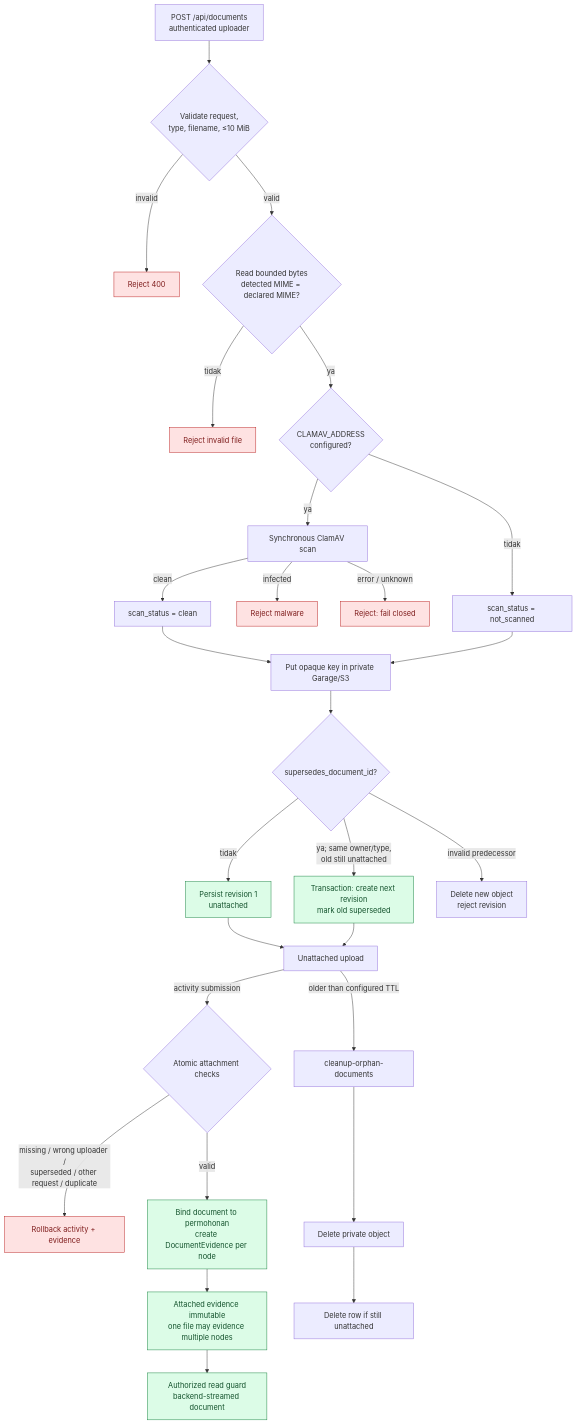
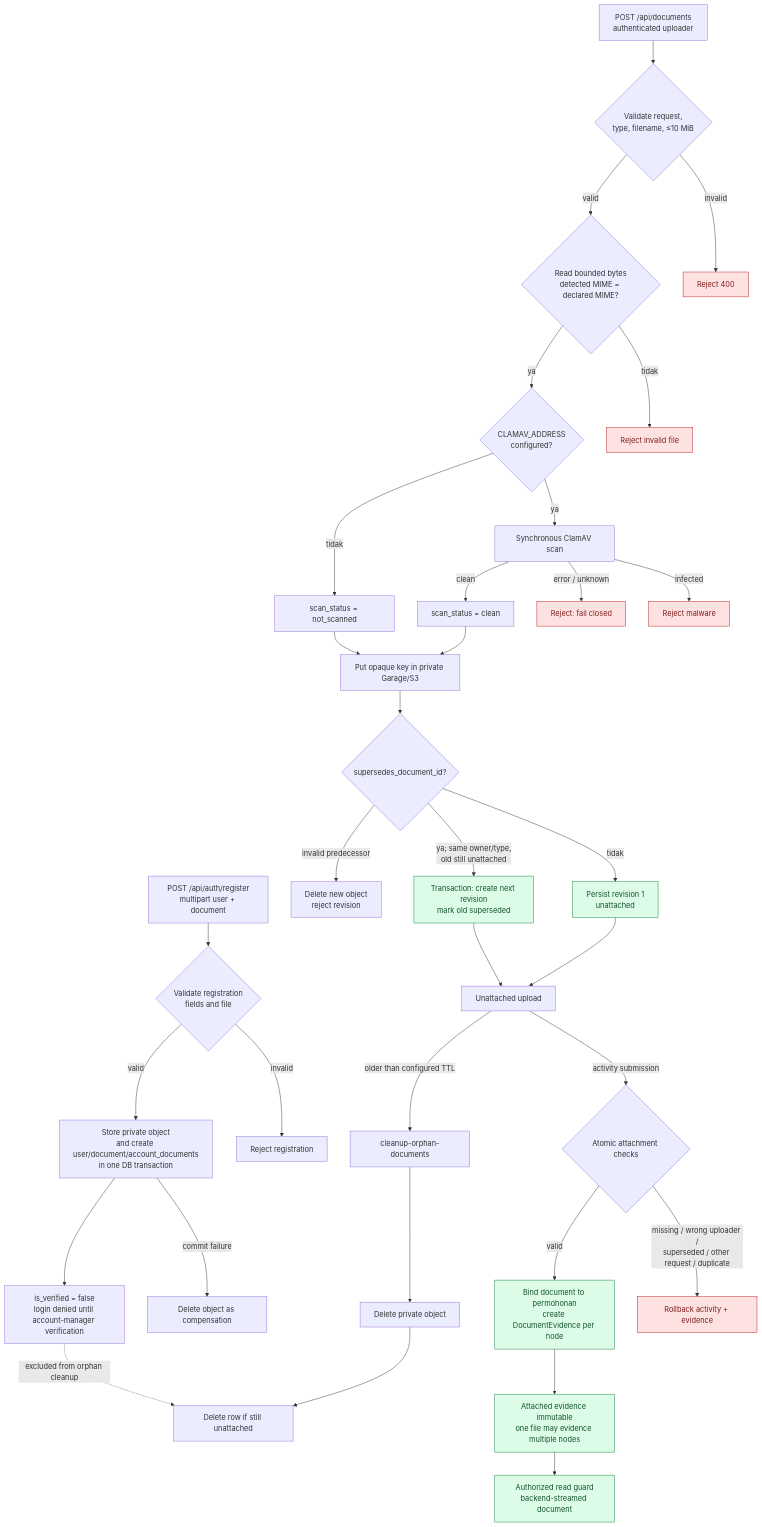
The diagram in docs/architecture/diagrams/09-evidence-lifecycle.md (pln-colabora/colabora-be), drawn with Mermaid before and after one commit. The commit also changed other lines of this file and 24 other files, not shown here.

Commit message:
feat: add document on register user

````diff
--- a/docs/architecture/diagrams/09-evidence-lifecycle.md
+++ b/docs/architecture/diagrams/09-evidence-lifecycle.md
@@ -6,33 +6,39 @@
 ```mermaid
 flowchart TD
+  register["POST /api/auth/register<br/>multipart user + document"] --> accountvalidate{"Validate registration<br/>fields and file"}
+  accountvalidate -->|invalid| accountreject["Reject registration"]
+  accountvalidate -->|valid| accountstore["Store private object<br/>and create user/document/account_documents<br/>in one DB transaction"]
+  accountstore -->|commit failure| accountcleanup["Delete object as compensation"]
+  accountstore --> accountpending["is_verified = false<br/>login denied until account-manager verification"]
   upload["POST /api/documents<br/>authenticated uploader"] --> validate{"Validate request,<br/>type, filename, ≤10 MiB"}
   validate -->|invalid| reject400["Reject 400"]
   validate -->|valid| sniff{"Read bounded bytes<br/>detected MIME = declared MIME?"}
   sniff -->|tidak| rejecttype["Reject invalid file"]
   sniff -->|ya| configured{"CLAMAV_ADDRESS<br/>configured?"}
   configured -->|ya| scan["Synchronous ClamAV scan"]
   configured -->|tidak| notscanned["scan_status = not_scanned"]
   scan -->|infected| malware["Reject malware"]
   scan -->|error / unknown| scanfail["Reject: fail closed"]
   scan -->|clean| clean["scan_status = clean"]
   clean --> object["Put opaque key in private Garage/S3"]
   notscanned --> object
   object --> revision{"supersedes_document_id?"}
   revision -->|tidak| persist["Persist revision 1<br/>unattached"]
   revision -->|ya; same owner/type,<br/>old still unattached| supersede["Transaction: create next revision<br/>mark old superseded"]
   revision -->|invalid predecessor| compensate["Delete new object<br/>reject revision"]
   persist --> unattached["Unattached upload"]
   supersede --> unattached
   unattached -->|activity submission| attach{"Atomic attachment checks"}
   attach -->|missing / wrong uploader /<br/>superseded / other request / duplicate| rollback["Rollback activity + evidence"]
   attach -->|valid| bound["Bind document to permohonan<br/>create DocumentEvidence per node"]
   bound --> immutable["Attached evidence immutable<br/>one file may evidence multiple nodes"]
   immutable --> download["Authorized read guard<br/>backend-streamed document"]
   unattached -->|older than configured TTL| cleanup["cleanup-orphan-documents"]
   cleanup --> deleteobject["Delete private object"] --> deleterow["Delete row if still unattached"]
+  accountpending -. excluded from orphan cleanup .-> deleterow
 
   classDef reject fill:#fee2e2,stroke:#b91c1c,color:#7f1d1d
   classDef stored fill:#dcfce7,stroke:#15803d,color:#14532d
   class reject400,rejecttype,malware,scanfail,rollback reject
   class persist,supersede,bound,immutable,download stored
 ```
````
